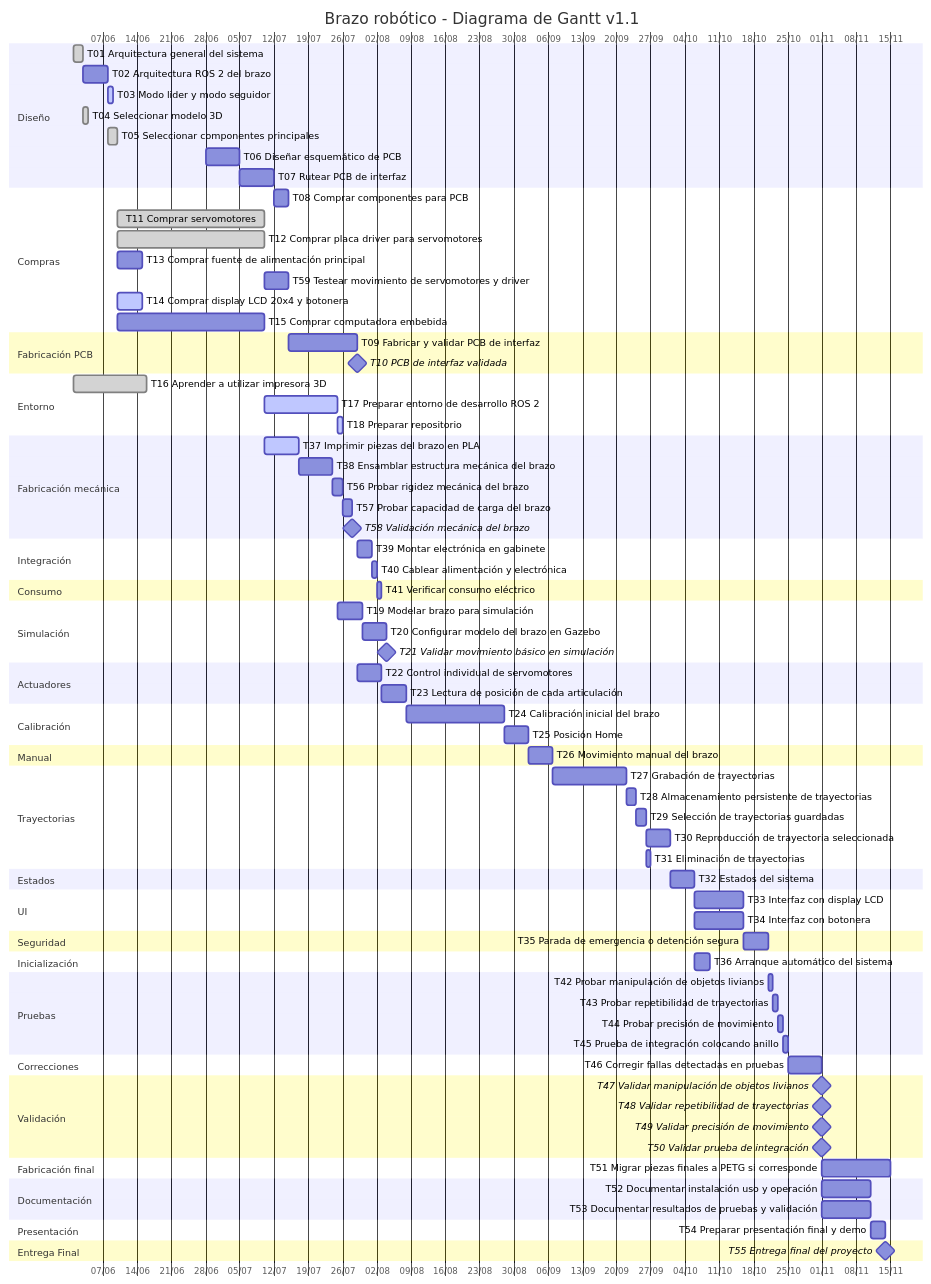
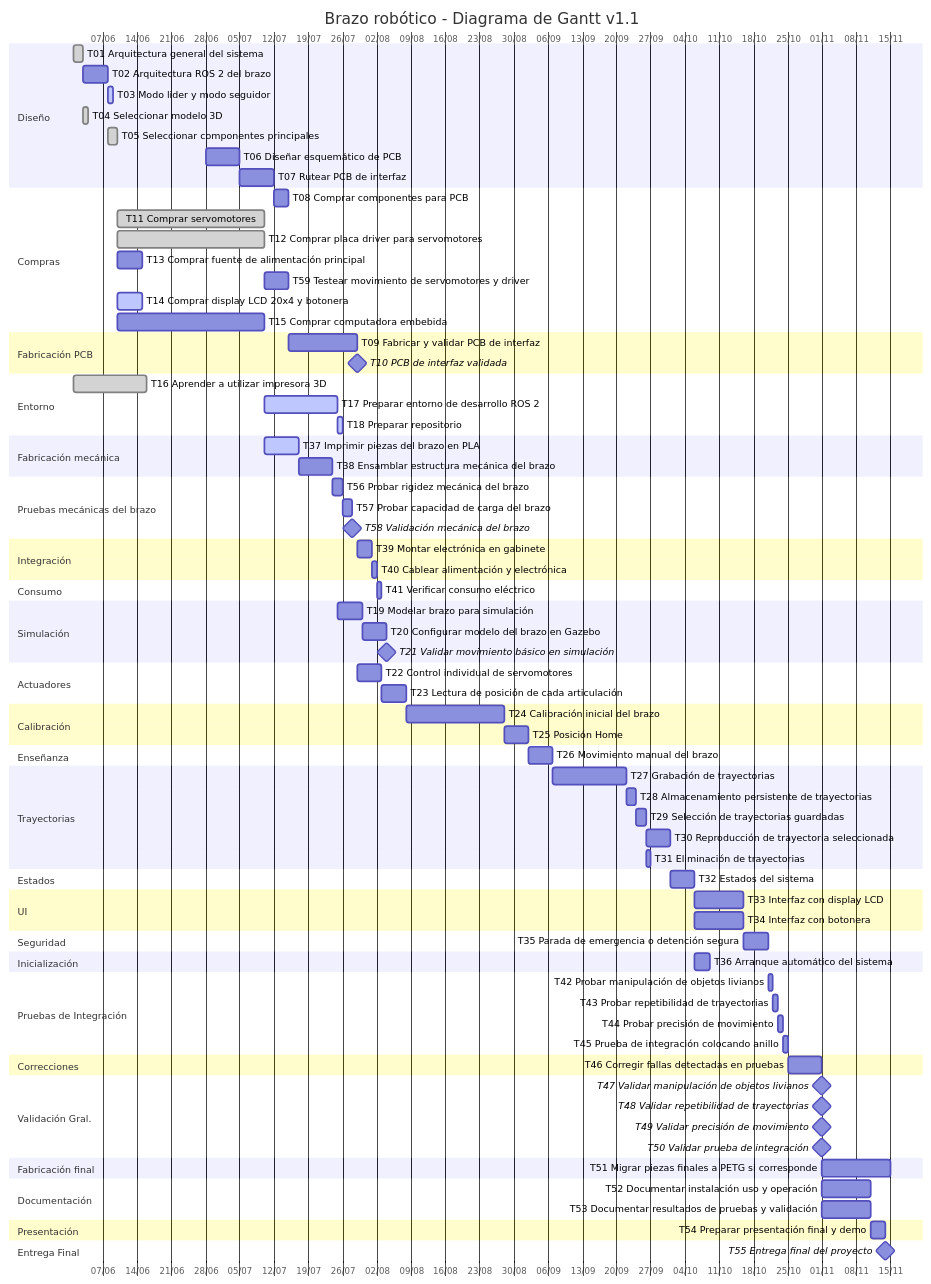
The diagram in doc/gantt/gantt.md (ealegremendoza/BrazoRobotico), drawn with Mermaid before and after one commit.

```diff
--- a/doc/gantt/gantt.md
+++ b/doc/gantt/gantt.md
@@ -38,6 +38,8 @@
     section Fabricación mecánica
     T37 Imprimir piezas del brazo en PLA                     :active, t37, after t04 t11 t16, 7d
     T38 Ensamblar estructura mecánica del brazo              :t38, after t11 t37, 7d
+
+    section Pruebas mecánicas del brazo
     T56 Probar rigidez mecánica del brazo                    :t56, after t38, 2d
     T57 Probar capacidad de carga del brazo                  :t57, after t38 t56, 2d
     T58 Validación mecánica del brazo                        :milestone, t58, after t56 t57, 0d
@@ -62,7 +64,7 @@
     T24 Calibración inicial del brazo                        :t24, after t23, 20d
     T25 Posición Home                                        :t25, after t24, 5d
 
-    section Manual
+    section Enseñanza
     T26 Movimiento manual del brazo                          :t26, after t22 t23 t25, 5d
 
     section Trayectorias
@@ -85,7 +87,7 @@
     section Inicialización
     T36 Arranque automático del sistema                      :t36, after t15 t17 t18 t32, 3d
 
-    section Pruebas
+    section Pruebas de Integración
     T42 Probar manipulación de objetos livianos              :t42, after t30 t35 t38 t40 t41, 1d
     T43 Probar repetibilidad de trayectorias                 :t43, after t42, 1d
     T44 Probar precisión de movimiento                       :t44, after t42 t43, 1d
@@ -94,7 +96,7 @@
     section Correcciones
     T46 Corregir fallas detectadas en pruebas                :t46, after t42 t43 t44 t45, 7d
 
-    section Validación
+    section Validación Gral.
     T47 Validar manipulación de objetos livianos             :milestone, t47, after t42 t46, 0d
     T48 Validar repetibilidad de trayectorias                :milestone, t48, after t43 t46, 0d
     T49 Validar precisión de movimiento                      :milestone, t49, after t44 t46, 0d
```
